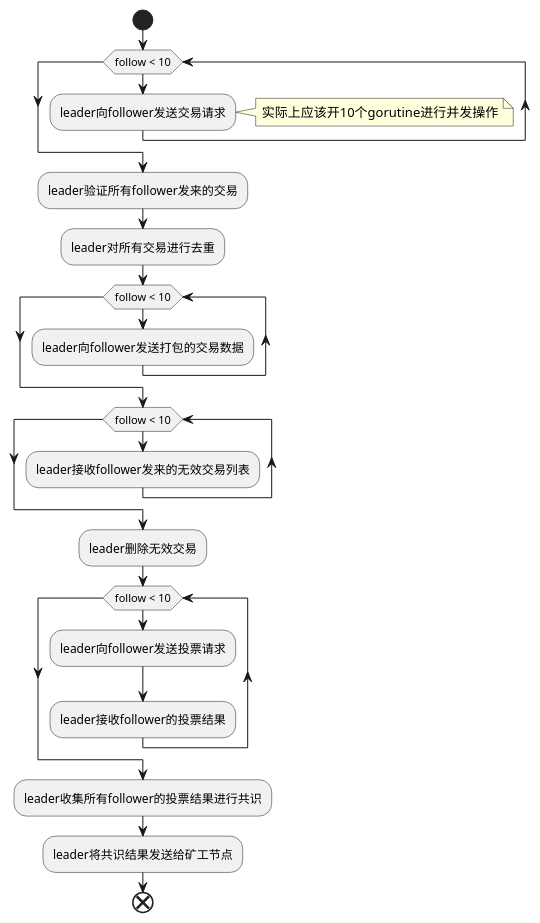
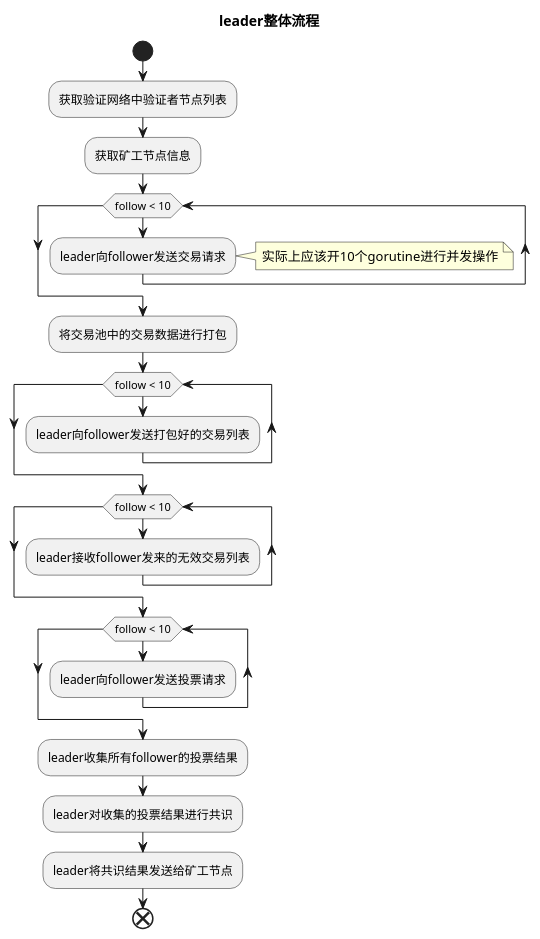
One commit to alvinleee/matrix-work changed the diagram in doc/leader.wsd. Above: the diagram before and after it, drawn with PlantUML. The commit also changed 6 other files, not shown here.

Commit message:
update leader的具体函数流程图

```diff
--- a/doc/leader.wsd
+++ b/doc/leader.wsd
@@ -1,31 +1,29 @@
 @startuml
+title leader整体流程
 start
+:获取验证网络中验证者节点列表;
+:获取矿工节点信息;
 while(follow < 10)
     :leader向follower发送交易请求;
     note right
         实际上应该开10个gorutine进行并发操作
     end note
 endwhile
-
-:leader验证所有follower发来的交易;
-:leader对所有交易进行去重;
-
+:将交易池中的交易数据进行打包;
 while(follow < 10)
-    :leader向follower发送打包的交易数据;
+    :leader向follower发送打包好的交易列表;
 endwhile
 
 while(follow < 10)
     :leader接收follower发来的无效交易列表;
 endwhile
 
-:leader删除无效交易;
-
 while(follow < 10)
     :leader向follower发送投票请求;
-    :leader接收follower的投票结果;
 endwhile
 
-:leader收集所有follower的投票结果进行共识;
+:leader收集所有follower的投票结果;
+:leader对收集的投票结果进行共识;
 :leader将共识结果发送给矿工节点;
 end
 @enduml
```
